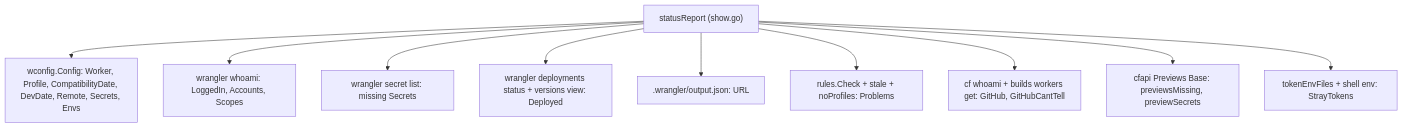
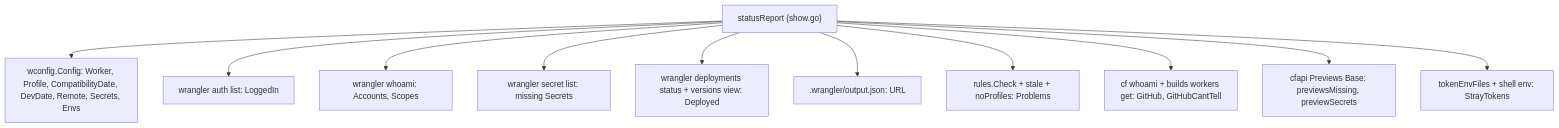
The second of 2 diagrams in src.Ged/mise-cloudflare/markdown/07-the-status-report.md (ewe-studios/explorations), drawn with Mermaid before and after one commit. The commit also changed 27 other files, not shown here.

````diff
--- a/src.Ged/mise-cloudflare/markdown/07-the-status-report.md
+++ b/src.Ged/mise-cloudflare/markdown/07-the-status-report.md
@@ -241,13 +241,14 @@
 ```mermaid
 flowchart TD
     R["statusReport (show.go)"]
     R --> A["wconfig.Config: Worker, Profile, CompatibilityDate, DevDate, Remote, Secrets, Envs"]
-    R --> B["wrangler whoami: LoggedIn, Accounts, Scopes"]
+    R --> B["wrangler auth list: LoggedIn"]
+    R --> B2["wrangler whoami: Accounts, Scopes"]
     R --> C["wrangler secret list: missing Secrets"]
     R --> D["wrangler deployments status + versions view: Deployed"]
     R --> E[".wrangler/output.json: URL"]
     R --> F["rules.Check + stale + noProfiles: Problems"]
     R --> G["cf whoami + builds workers get: GitHub, GitHubCantTell"]
     R --> H["cfapi Previews Base: previewsMissing, previewSecrets"]
     R --> I["tokenEnvFiles + shell env: StrayTokens"]
 ```
````
